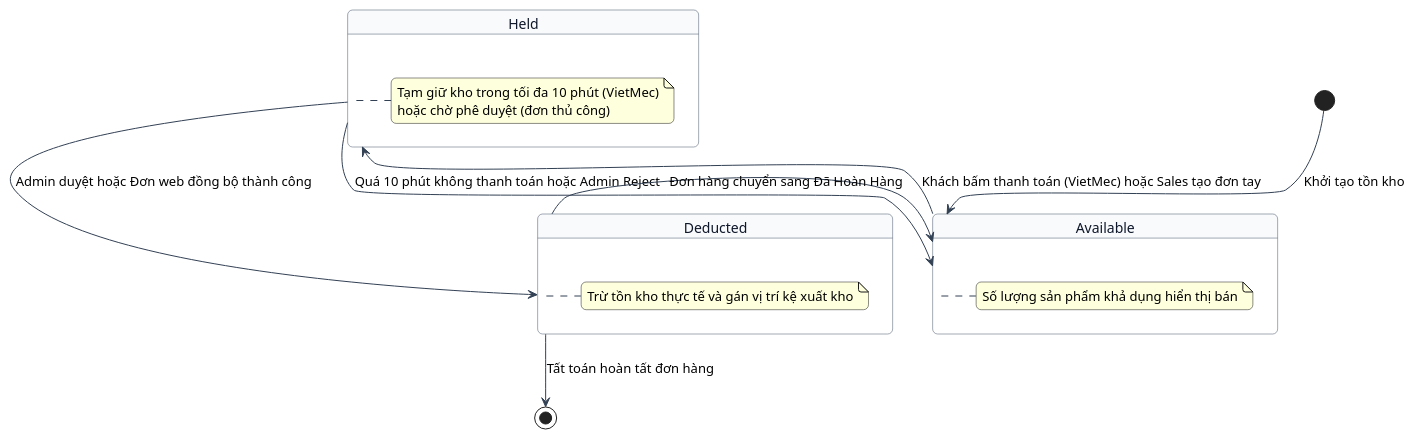
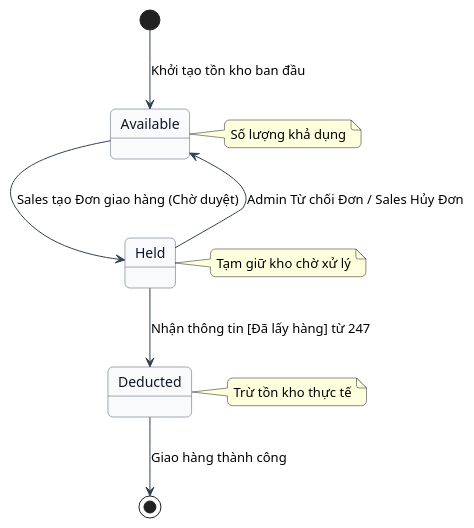
One commit to nlchis/DVM-SRS changed the sixth of 7 diagrams in docs/order-tracking/srs/states.md. Above: the diagram before and after it, drawn with PlantUML. The commit also changed other lines of this file and 2574 other files, not shown here.

````diff
--- a/docs/order-tracking/srs/states.md
+++ b/docs/order-tracking/srs/states.md
@@ -70,31 +277,32 @@
 ```plantuml
 @startuml
 skinparam RoundCorner 10
 skinparam StateBackgroundColor #F8FAFC
 skinparam StateBorderColor #475569
 skinparam StateFontColor #0F172A
 skinparam ArrowColor #334155
 
-[*] --> Available : Khởi tạo tồn kho
+[*] --> Available : Khởi tạo tồn kho ban đầu
 
-state Available {
-  note right : Số lượng sản phẩm khả dụng hiển thị bán
-}
+state Available
+note right of Available
+  Số lượng khả dụng
+end note
 
-Available --> Held : Khách bấm thanh toán (VietMec) hoặc Sales tạo đơn tay
+state Held
+note right of Held
+  Tạm giữ kho chờ xử lý
+end note
 
-state Held {
-  note right : Tạm giữ kho trong tối đa 10 phút (VietMec)\nhoặc chờ phê duyệt (đơn thủ công)
-}
+state Deducted
+note right of Deducted
+  Trừ tồn kho thực tế
+end note
 
-Held --> Available : Quá 10 phút không thanh toán hoặc Admin Reject
-Held --> Deducted : Admin duyệt hoặc Đơn web đồng bộ thành công
+Available --> Held : Sales tạo Đơn giao hàng (Chờ duyệt)
+Held --> Available : Admin Từ chối Đơn / Sales Hủy Đơn
+Held --> Deducted : Nhận thông tin [Đã lấy hàng] từ 247
 
-state Deducted {
-  note right : Trừ tồn kho thực tế và gán vị trí kệ xuất kho
-}
-
-Deducted --> Available : Đơn hàng chuyển sang Đã Hoàn Hàng
-Deducted --> [*] : Tất toán hoàn tất đơn hàng
+Deducted --> [*] : Giao hàng thành công
 @enduml
 ```
````
